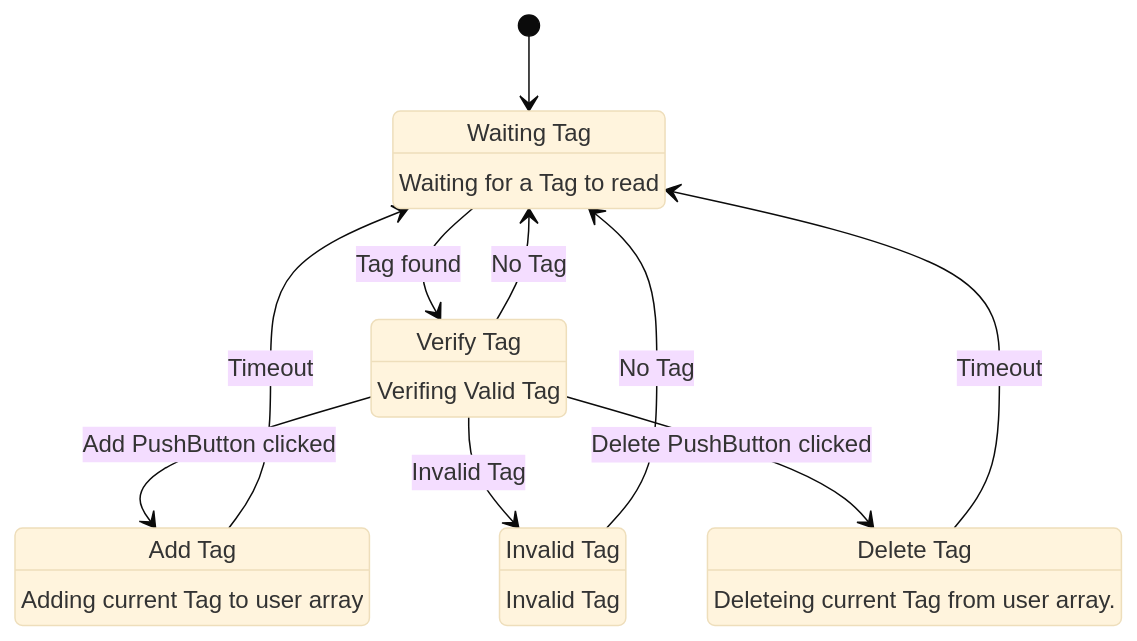
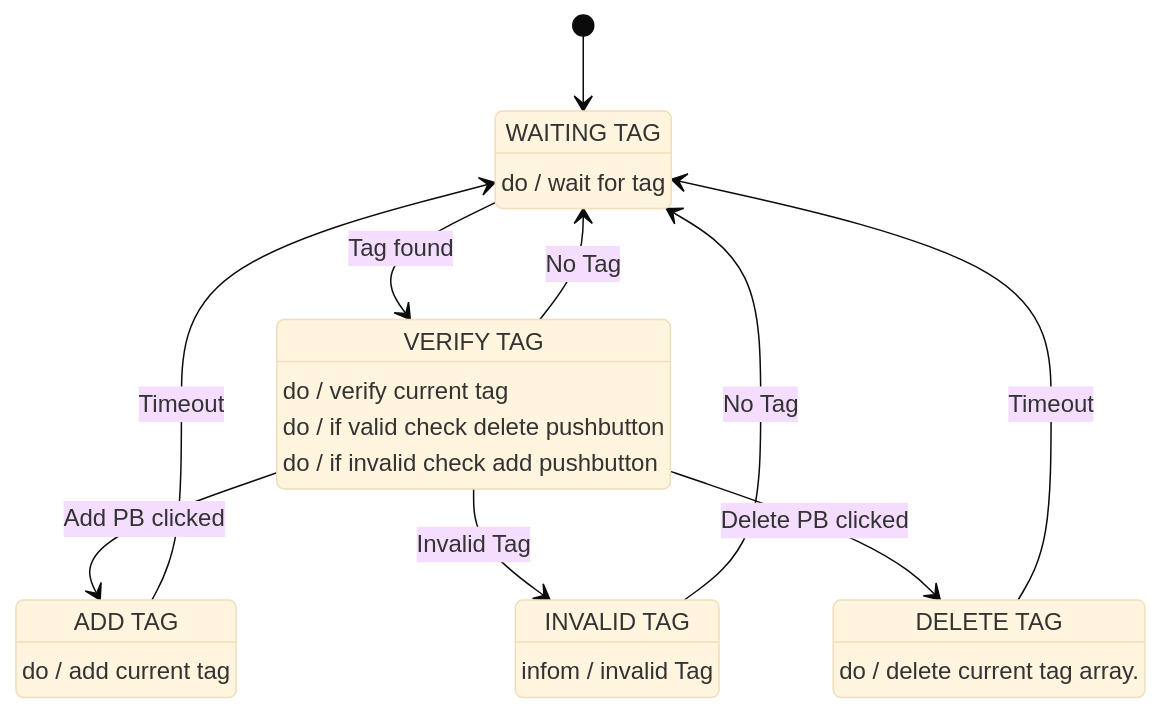
Before and after one commit to RobAxt/PdM_workspace: the diagram in Practica_TP.Final/README.md, drawn with Mermaid (base theme). The commit also changed 1 other file, not shown here.

Commit message:
update state diagram

````diff
--- a/Practica_TP.Final/README.md
+++ b/Practica_TP.Final/README.md
@@ -3,17 +3,19 @@
 ```mermaid 
 stateDiagram-v2 
 [*] --> WT
-state "Waiting Tag" as WT: Waiting for a Tag to read
-state "Verify Tag" as VT: Verifing Valid Tag
-state "Invalid Tag" as IT: Invalid Tag 
-state "Add Tag" as AT: Adding current Tag to user array
-state "Delete Tag" as DT: Deleteing current Tag from user array.
+state "WAITING TAG" as WT: do / wait for tag
+state "VERIFY TAG" as VT: do / verify current tag
+VT: do / if valid check delete pushbutton
+VT: do / if invalid check add pushbutton 
+state "INVALID TAG" as IT: infom / invalid Tag 
+state "ADD TAG" as AT: do / add current tag
+state "DELETE TAG" as DT: do / delete current tag array.
 WT --> VT : Tag found
 VT --> WT : No Tag
-VT --> AT : Add PushButton clicked
+VT --> AT : Add PB clicked
 AT --> WT : Timeout
 IT --> WT : No Tag
 VT --> IT : Invalid Tag
-VT --> DT : Delete PushButton clicked
+VT --> DT : Delete PB clicked
 DT --> WT : Timeout
 ```
````
